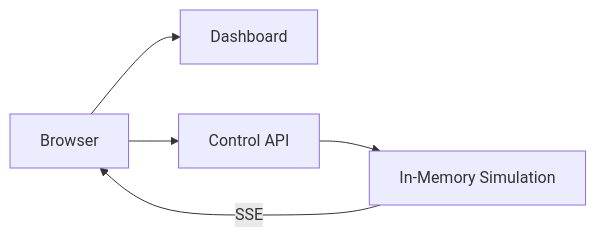
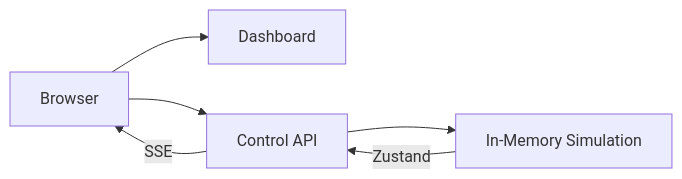
Before and after one commit to 369-Tesla/vsc-dispatch-city: the first of 3 diagrams in docs/architecture.md, drawn with Mermaid. The commit also changed other lines of this file and 3 other files, not shown here.

````diff
--- a/docs/architecture.md
+++ b/docs/architecture.md
@@ -7,7 +10,8 @@
 ```mermaid
 flowchart LR
     Browser --> Dashboard
     Browser --> API[Control API]
     API --> Engine[In-Memory Simulation]
-    Engine -->|SSE| Browser
+    Engine -->|Zustand| API
+    API -->|SSE| Browser
 ```
````
